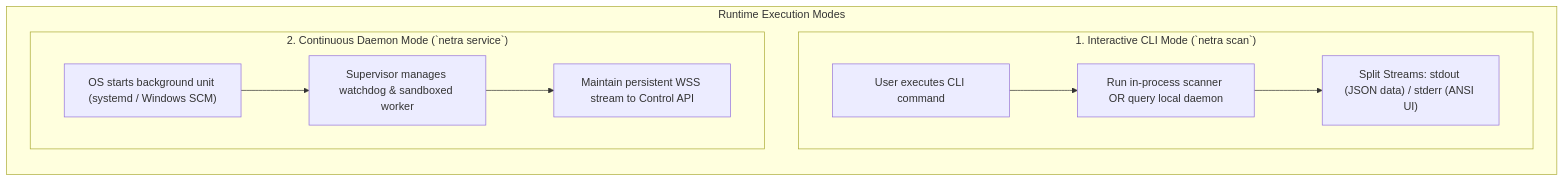
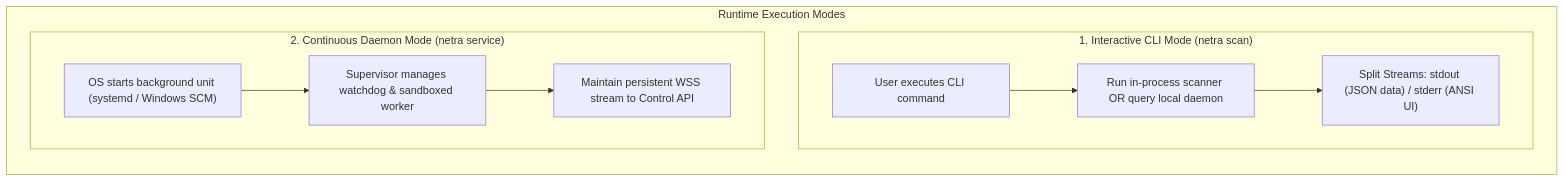
One commit to Subhadip-Paul2006/NETRA-Backend changed the third of 8 diagrams in docs/ARCHITECTURE.md. Above: the diagram before and after it, drawn with Mermaid. The commit also changed other lines of this file and 14 other files, not shown here.

Commit message:
fix(docs): resolve GitHub Mermaid diagram lexical errors and KaTeX math formatting across all specifications

````diff
--- a/docs/ARCHITECTURE.md
+++ b/docs/ARCHITECTURE.md
@@ -88,15 +88,15 @@
 ```mermaid
 flowchart TD
     subgraph RuntimeModes["Runtime Execution Modes"]
         direction TB
-        subgraph Mode1["1. Interactive CLI Mode (`netra scan`)"]
+        subgraph Mode1["1. Interactive CLI Mode (netra scan)"]
             CLIExec["User executes CLI command"] --> LocalEngine["Run in-process scanner OR query local daemon"]
             LocalEngine --> StreamSplit["Split Streams: stdout (JSON data) / stderr (ANSI UI)"]
         end
         
-        subgraph Mode2["2. Continuous Daemon Mode (`netra service`)"]
+        subgraph Mode2["2. Continuous Daemon Mode (netra service)"]
             ServiceExec["OS starts background unit (systemd / Windows SCM)"] --> SupDaemon["Supervisor manages watchdog & sandboxed worker"]
             SupDaemon --> StreamOut["Maintain persistent WSS stream to Control API"]
         end
     end
 ```
````
